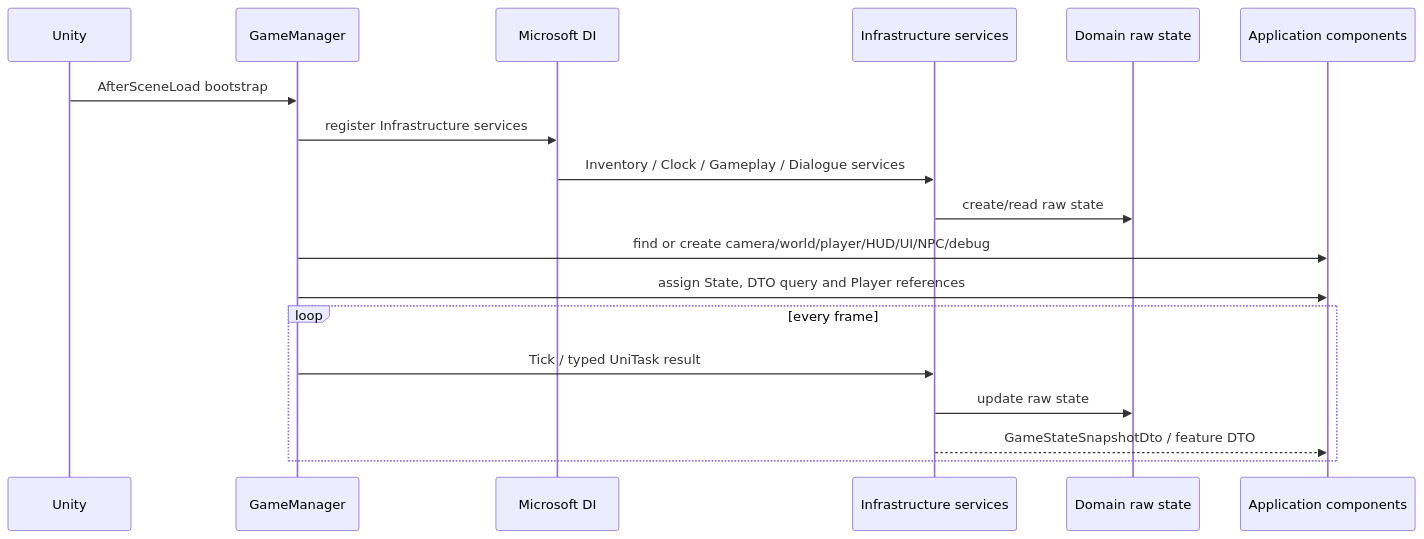
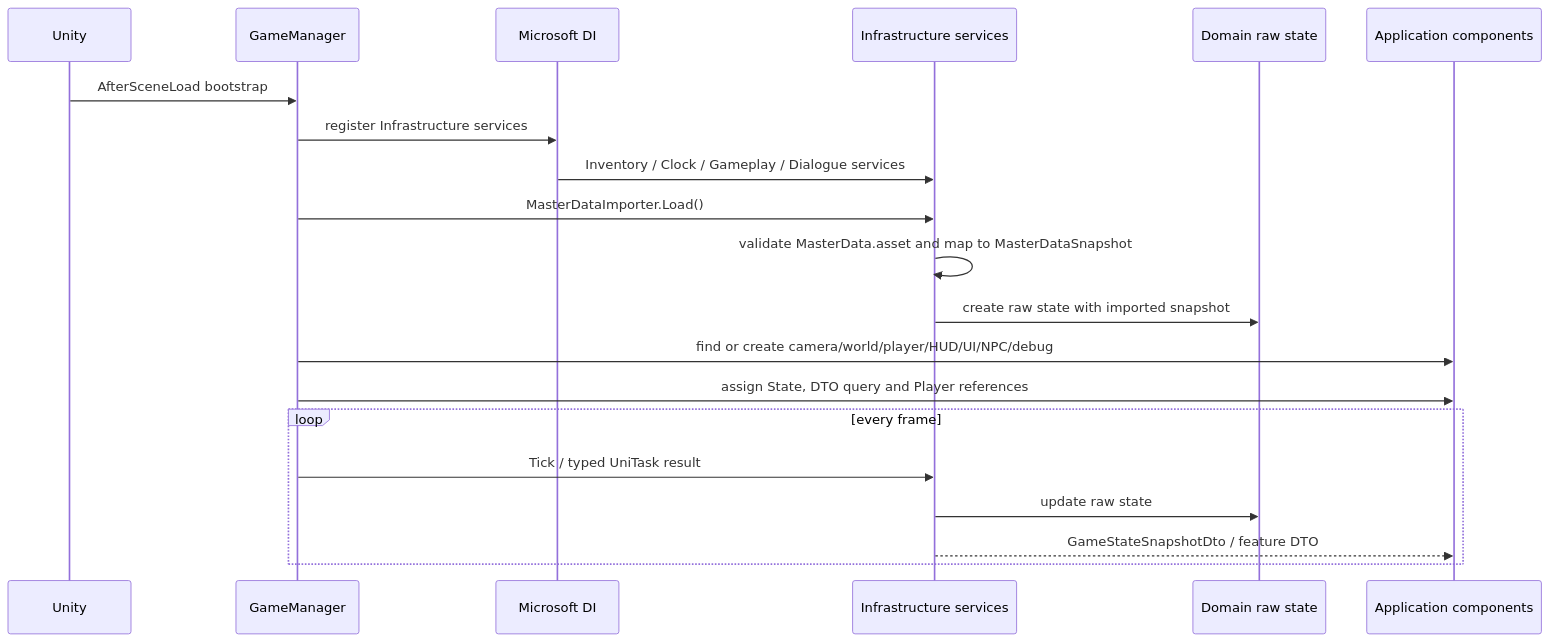
The second of 4 diagrams in ARCHITECTURE_FLOW.md (Phan-Phu/Prorotype_03), drawn with Mermaid before and after one commit. The commit also changed other lines of this file and 26 other files, not shown here.

Commit message:
feat: import runtime master data

````diff
--- a/ARCHITECTURE_FLOW.md
+++ b/ARCHITECTURE_FLOW.md
@@ -119,21 +131,23 @@
 ```mermaid
 sequenceDiagram
     participant U as Unity
     participant G as GameManager
     participant D as Microsoft DI
     participant I as Infrastructure services
     participant S as Domain raw state
     participant C as Application components
 
     U->>G: AfterSceneLoad bootstrap
     G->>D: register Infrastructure services
     D->>I: Inventory / Clock / Gameplay / Dialogue services
-    I->>S: create/read raw state
+    G->>I: MasterDataImporter.Load()
+    I->>I: validate MasterData.asset and map to MasterDataSnapshot
+    I->>S: create raw state with imported snapshot
     G->>C: find or create camera/world/player/HUD/UI/NPC/debug
     G->>C: assign State, DTO query and Player references
     loop every frame
         G->>I: Tick / typed UniTask result
         I->>S: update raw state
         I-->>C: GameStateSnapshotDto / feature DTO
     end
 ```
````
